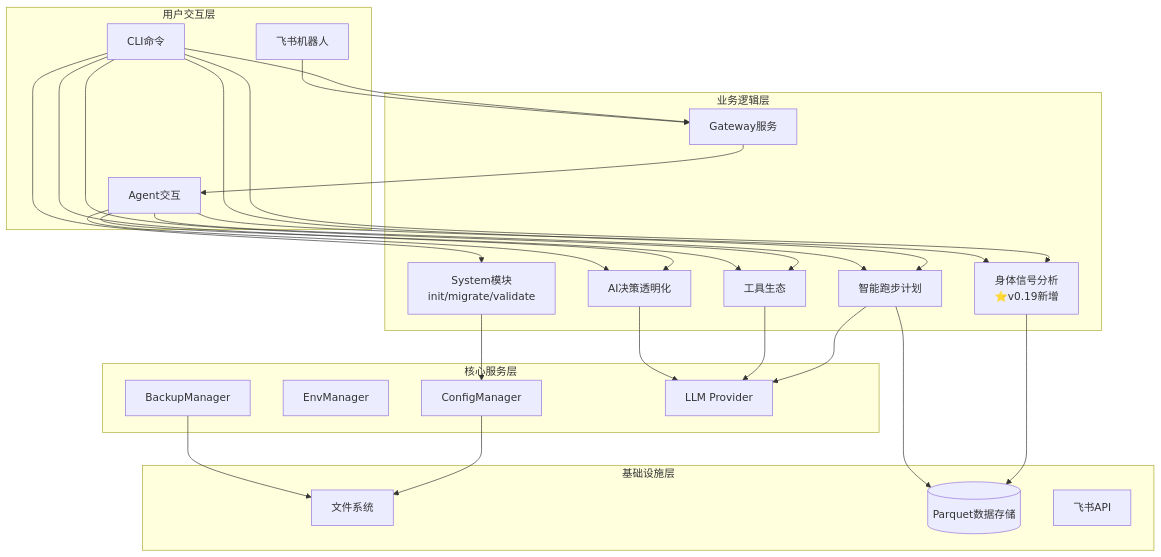
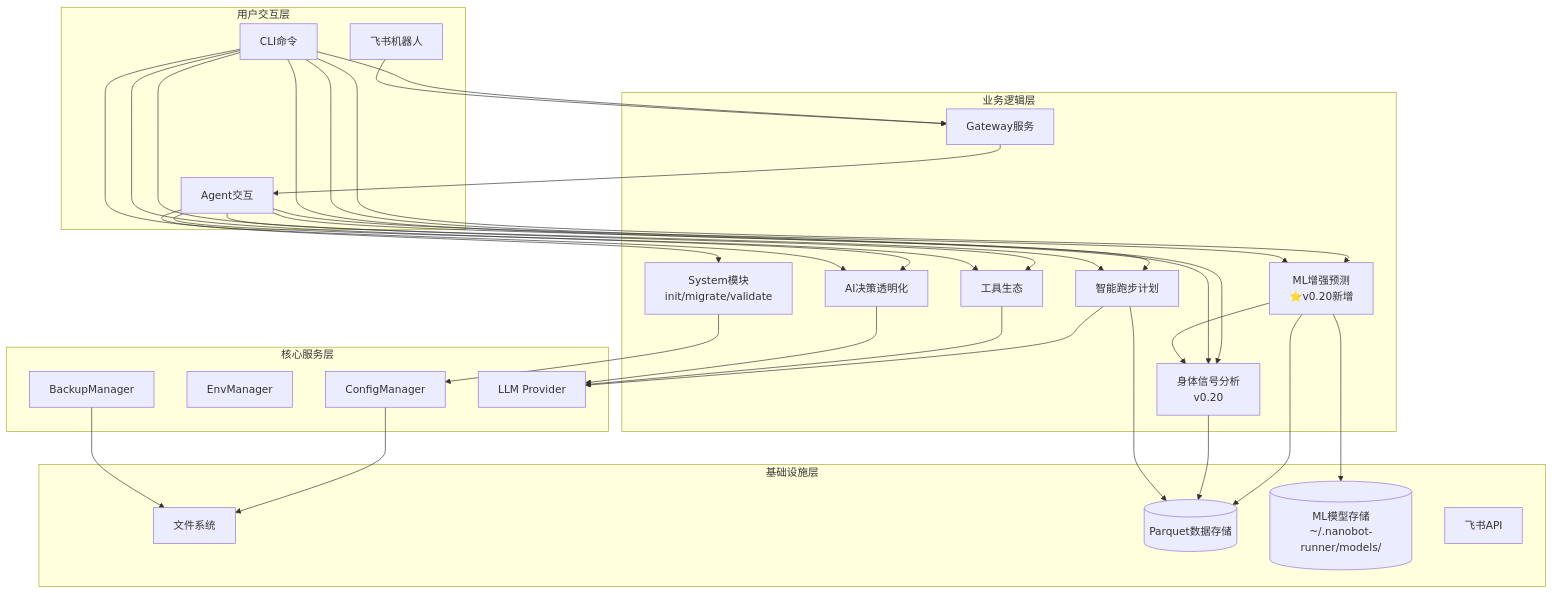
Before and after one commit to yecllsl/nanobot-runner: the first of 12 diagrams in docs/architecture/架构设计说明书.md, drawn with Mermaid. The commit also changed other lines of this file and 22 other files, not shown here.

````diff
--- a/docs/architecture/架构设计说明书.md
+++ b/docs/architecture/架构设计说明书.md
@@ -84,55 +120,62 @@
 ```mermaid
 graph TB
     subgraph "用户交互层"
         CLI[CLI命令]
         AGENT[Agent交互]
         FEISHU[飞书机器人]
     end
 
     subgraph "业务逻辑层"
         SYSTEM[System模块<br/>init/migrate/validate]
         PLAN[智能跑步计划]
         TOOLS[工具生态]
         TRANSPARENCY[AI决策透明化]
-        BODY_SIGNAL[身体信号分析<br/>⭐v0.19新增]
+        BODY_SIGNAL[身体信号分析<br/>v0.20]
+        PREDICTION[ML增强预测<br/>⭐v0.20新增]
         GATEWAY[Gateway服务]
     end
 
     subgraph "核心服务层"
         CONFIG[ConfigManager]
         ENV[EnvManager]
         BACKUP[BackupManager]
         LLM[LLM Provider]
     end
 
     subgraph "基础设施层"
         FS[文件系统]
         DB[(Parquet数据存储)]
+        MODELS[(ML模型存储<br/>~/.nanobot-runner/models/)]
         FEISHU_API[飞书API]
     end
 
     CLI --> SYSTEM
     CLI --> PLAN
     CLI --> TOOLS
     CLI --> TRANSPARENCY
     CLI --> BODY_SIGNAL
+    CLI --> PREDICTION
     CLI --> GATEWAY
 
     AGENT --> PLAN
     AGENT --> TOOLS
     AGENT --> TRANSPARENCY
     AGENT --> BODY_SIGNAL
+    AGENT --> PREDICTION
 
     FEISHU --> GATEWAY
     GATEWAY --> AGENT
 
+    PREDICTION --> BODY_SIGNAL
+    PREDICTION --> DB
+    PREDICTION --> MODELS
     BODY_SIGNAL --> DB
     PLAN --> LLM
     TOOLS --> LLM
     TRANSPARENCY --> LLM
     SYSTEM --> CONFIG
 
     CONFIG --> FS
     BACKUP --> FS
     PLAN --> DB
 ```
````
